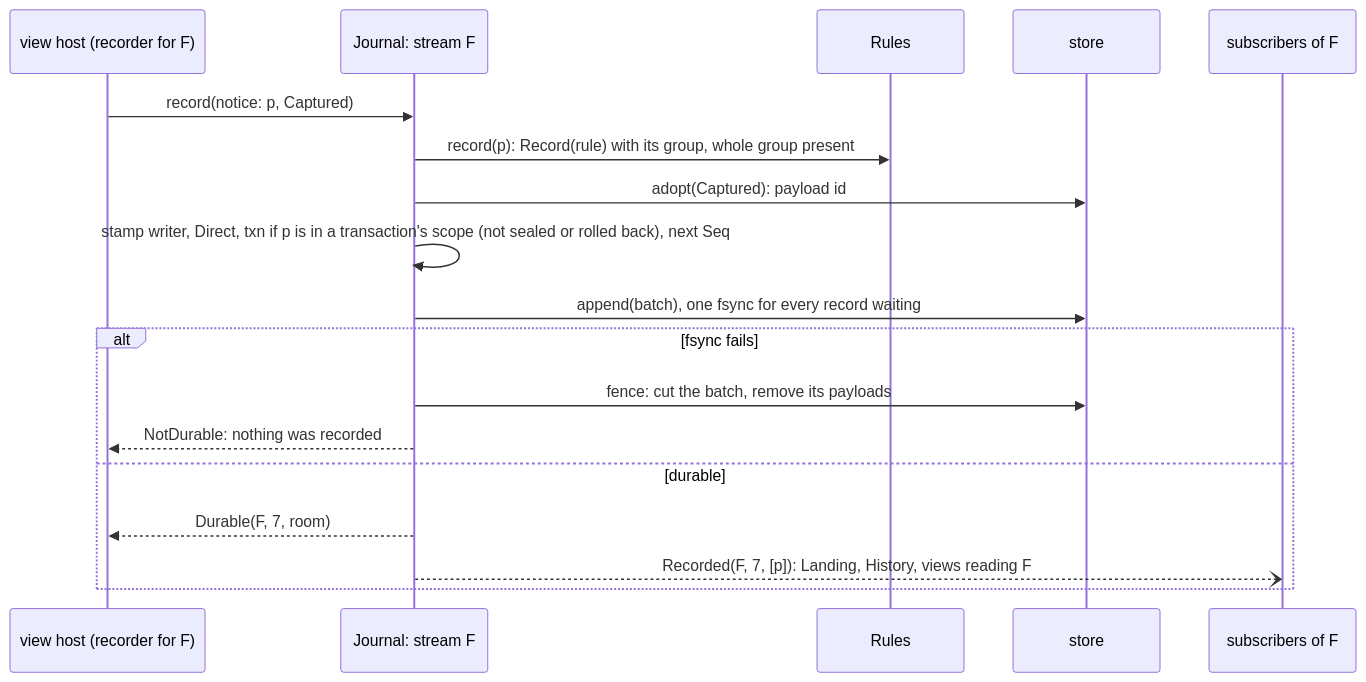
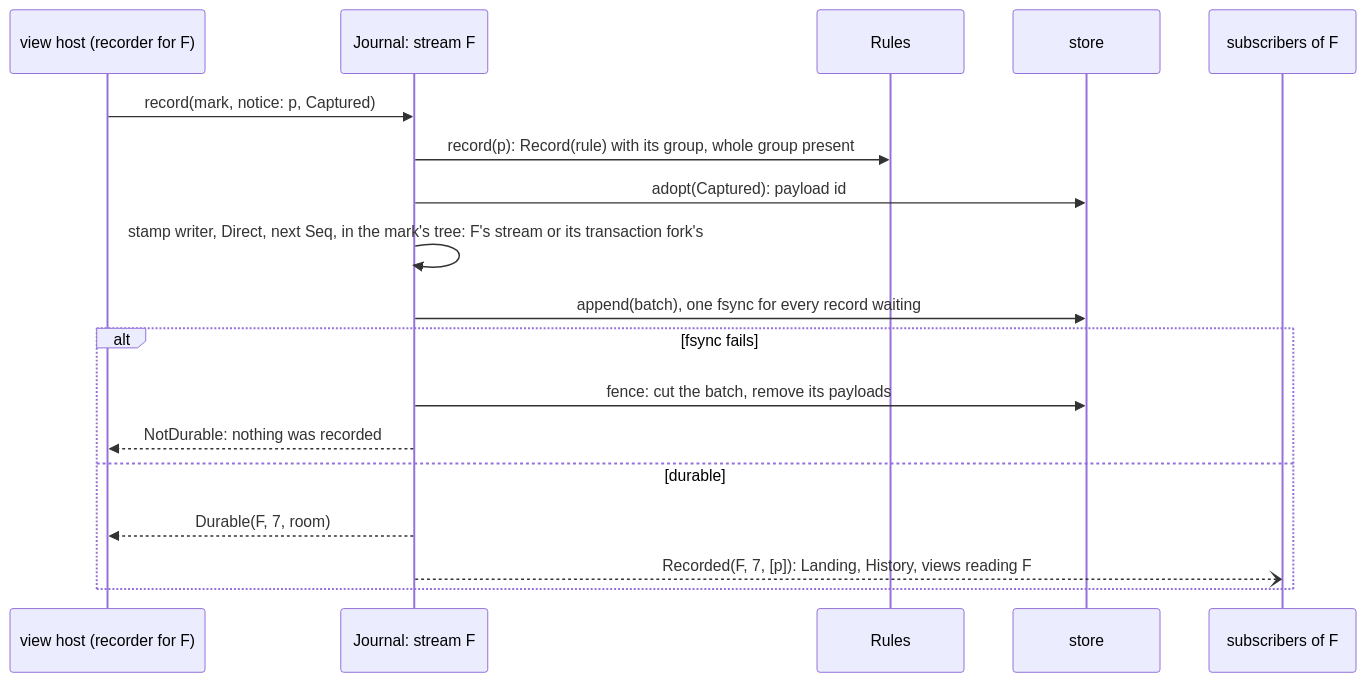
One commit to mcurcio/agentfs changed the fourth of 4 diagrams in docs/target-architecture/domains/journal.md. Above: the diagram before and after it, drawn with Mermaid. The commit also changed other lines of this file and 12 other files, not shown here.

````diff
--- a/docs/target-architecture/domains/journal.md
+++ b/docs/target-architecture/domains/journal.md
@@ -248,20 +218,20 @@
 ```mermaid
 sequenceDiagram
   participant V as view host (recorder for F)
   participant J as Journal: stream F
   participant R as Rules
   participant S as store
   participant Sub as subscribers of F
-  V->>J: record(notice: p, Captured)
+  V->>J: record(mark, notice: p, Captured)
   J->>R: record(p): Record(rule) with its group, whole group present
   J->>S: adopt(Captured): payload id
-  J->>J: stamp writer, Direct, txn if p is in a transaction's scope (not sealed or rolled back), next Seq
+  J->>J: stamp writer, Direct, next Seq, in the mark's tree: F's stream or its transaction fork's
   J->>S: append(batch), one fsync for every record waiting
   alt fsync fails
     J->>S: fence: cut the batch, remove its payloads
     J-->>V: NotDurable: nothing was recorded
   else durable
     J-->>V: Durable(F, 7, room)
     J--)Sub: Recorded(F, 7, [p]): Landing, History, views reading F
   end
 ```
````
